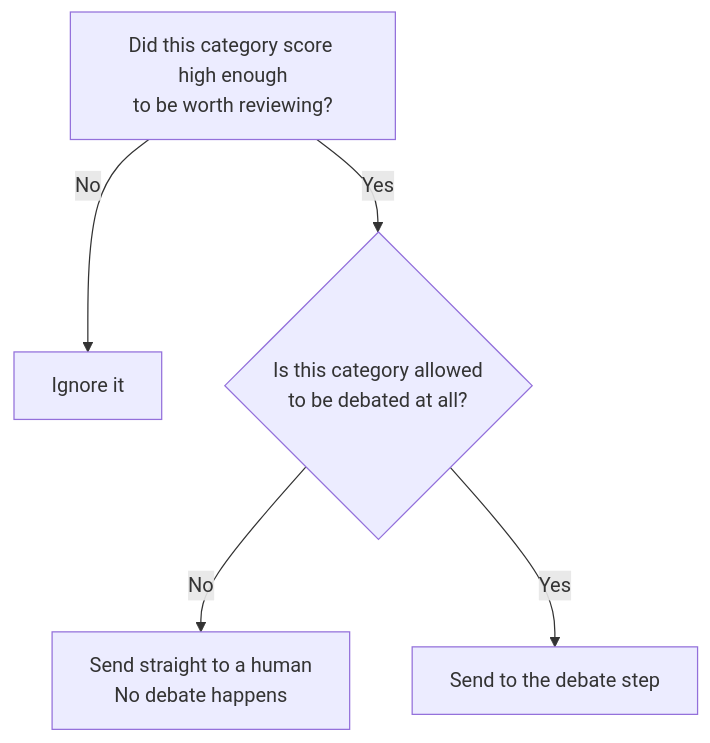
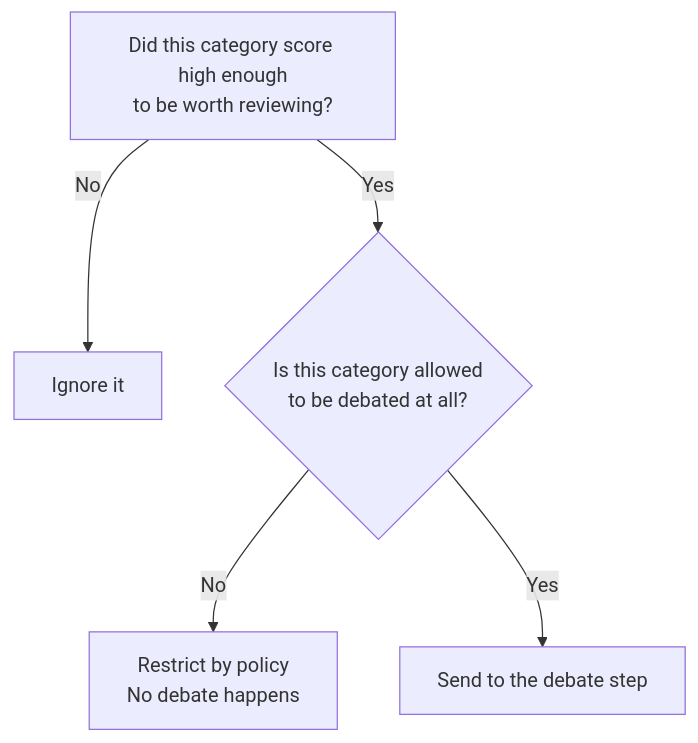
The second of 3 diagrams in docs/HOW_IT_WORKS.md (harineek24/ModAgent), drawn with Mermaid before and after one commit. The commit also changed other lines of this file and 12 other files, not shown here.

First line of the commit message:
Remove AI-triggered escalation entirely; every verdict is allow/restrict, always human-reviewed

````diff
--- a/docs/HOW_IT_WORKS.md
+++ b/docs/HOW_IT_WORKS.md
@@ -62,7 +63,7 @@
 ```mermaid
 flowchart TD
     S["Did this category score high enough\nto be worth reviewing?"] -->|No| Benign[Ignore it]
     S -->|Yes| D{"Is this category allowed\nto be debated at all?"}
-    D -->|No| HR["Send straight to a human\nNo debate happens"]
+    D -->|No| HR["Restrict by policy\nNo debate happens"]
     D -->|Yes| DB[Send to the debate step]
 ```
````
